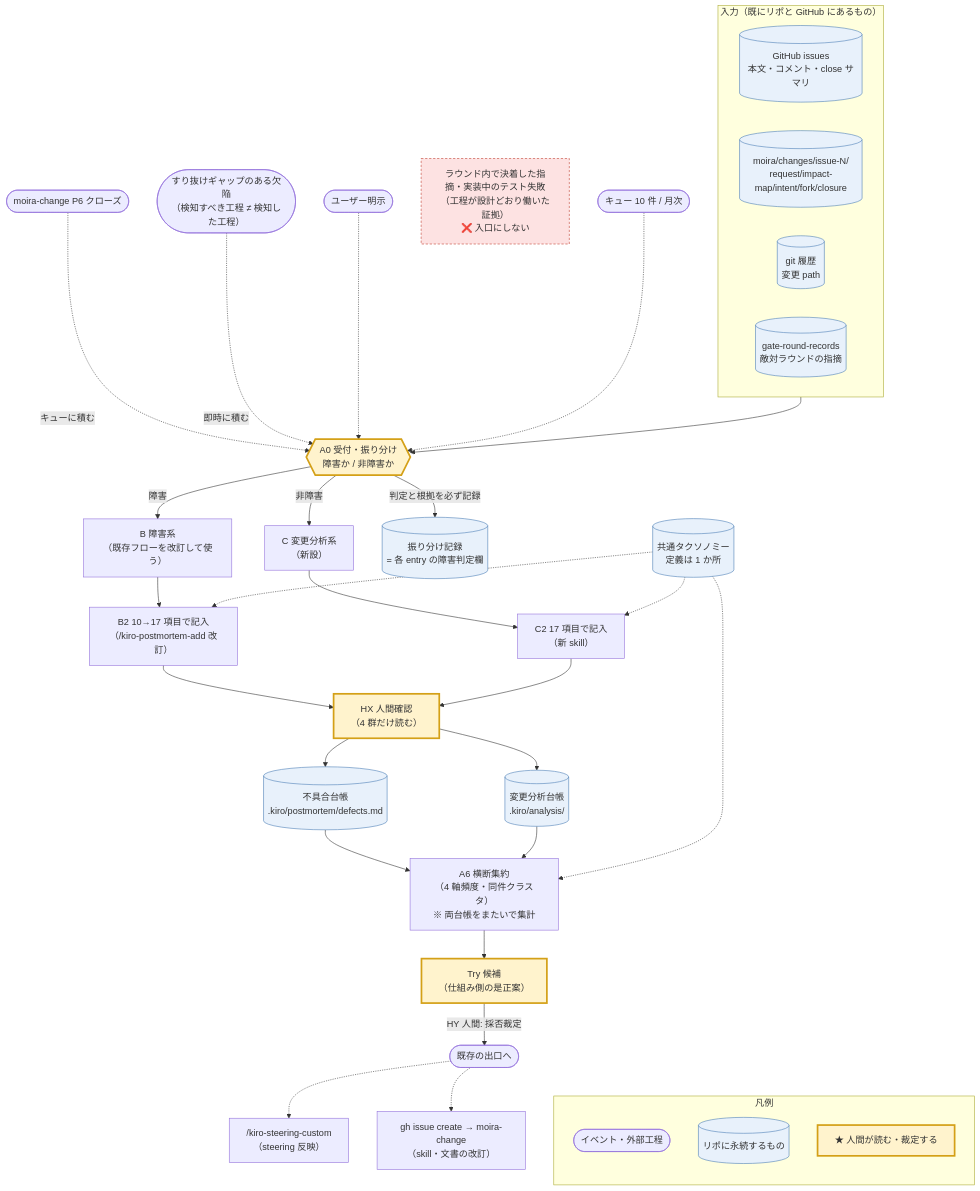
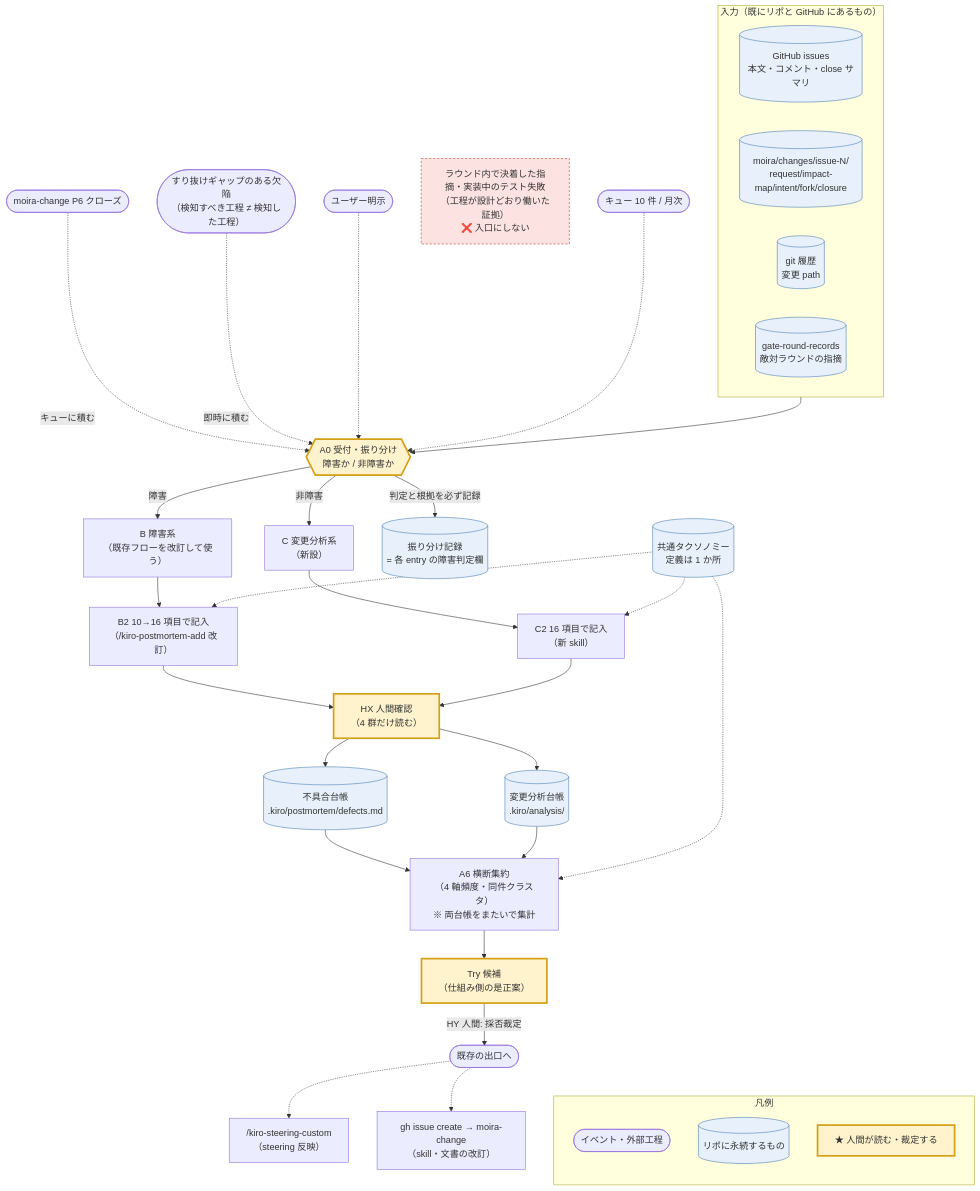
One commit to PrimeBrains/moira changed the first of 3 diagrams in moira/plans/2026-07-25-change-analysis-dfd.md. Above: the diagram before and after it, drawn with Mermaid. The commit also changed other lines of this file and 22 other files, not shown here.

````diff
--- a/moira/plans/2026-07-25-change-analysis-dfd.md
+++ b/moira/plans/2026-07-25-change-analysis-dfd.md
@@ -48,57 +57,57 @@
 ```mermaid
 flowchart TB
     subgraph SRC["入力（既にリポと GitHub にあるもの）"]
         direction LR
         GH[("GitHub issues<br/>本文・コメント・close サマリ")]:::persist
         LED[("moira/changes/issue-N/<br/>request/impact-map/intent/fork/closure")]:::persist
         DIFF[("git 履歴<br/>変更 path")]:::persist
         GR[("gate-round-records<br/>敵対ラウンドの指摘")]:::persist
     end
 
     E1([moira-change P6 クローズ]) -.->|キューに積む| A0
     E2(["すり抜けギャップのある欠陥<br/>（検知すべき工程 ≠ 検知した工程）"]) -.->|即時に積む| A0
     E2X["ラウンド内で決着した指摘・実装中のテスト失敗<br/>（工程が設計どおり働いた証拠）<br/>❌ 入口にしない"]:::dead
     E3([ユーザー明示]) -.-> A0
     E4([キュー 10 件 / 月次]) -.-> A0
 
     SRC --> A0
 
     A0{{"A0 受付・振り分け<br/>障害か / 非障害か"}}:::human
 
     A0 -->|障害| B1["B 障害系<br/>（既存フローを改訂して使う）"]
     A0 -->|非障害| C1["C 変更分析系<br/>（新設）"]
     A0 -->|判定と根拠を必ず記録| JRN[("振り分け記録<br/>= 各 entry の障害判定欄")]:::persist
 
-    B1 --> B2["B2 10→17 項目で記入<br/>（/kiro-postmortem-add 改訂）"]
-    C1 --> C2["C2 17 項目で記入<br/>（新 skill）"]
+    B1 --> B2["B2 10→16 項目で記入<br/>（/kiro-postmortem-add 改訂）"]
+    C1 --> C2["C2 16 項目で記入<br/>（新 skill）"]
 
     B2 --> HX["HX 人間確認<br/>（4 群だけ読む）"]:::human
     C2 --> HX
 
     HX --> DEF[("不具合台帳<br/>.kiro/postmortem/defects.md")]:::persist
     HX --> ANA[("変更分析台帳<br/>.kiro/analysis/")]:::persist
 
     DEF --> AGG["A6 横断集約<br/>（4 軸頻度・同件クラスタ）<br/>※ 両台帳をまたいで集計"]
     ANA --> AGG
 
     AGG --> TRY["Try 候補<br/>（仕組み側の是正案）"]:::human
     TRY -->|"HY 人間: 採否裁定"| OUT([既存の出口へ])
     OUT -.-> S1["/kiro-steering-custom<br/>（steering 反映）"]
     OUT -.-> S2["gh issue create → moira-change<br/>（skill・文書の改訂）"]
 
     TAX[("共通タクソノミー<br/>定義は 1 か所")]:::persist -.-> B2
     TAX -.-> C2
     TAX -.-> AGG
 
     OUT ~~~ LG
     subgraph LG["凡例"]
         direction TB
         L1([イベント・外部工程])
         L3[(リポに永続するもの)]:::persist
         L4["★ 人間が読む・裁定する"]:::human
     end
 
     classDef persist fill:#e8f1fb,stroke:#4a7db5
     classDef human fill:#fff3cd,stroke:#d4a017,stroke-width:3px
     classDef dead fill:#fde2e2,stroke:#c0392b,stroke-dasharray: 4 3
 ```
````
